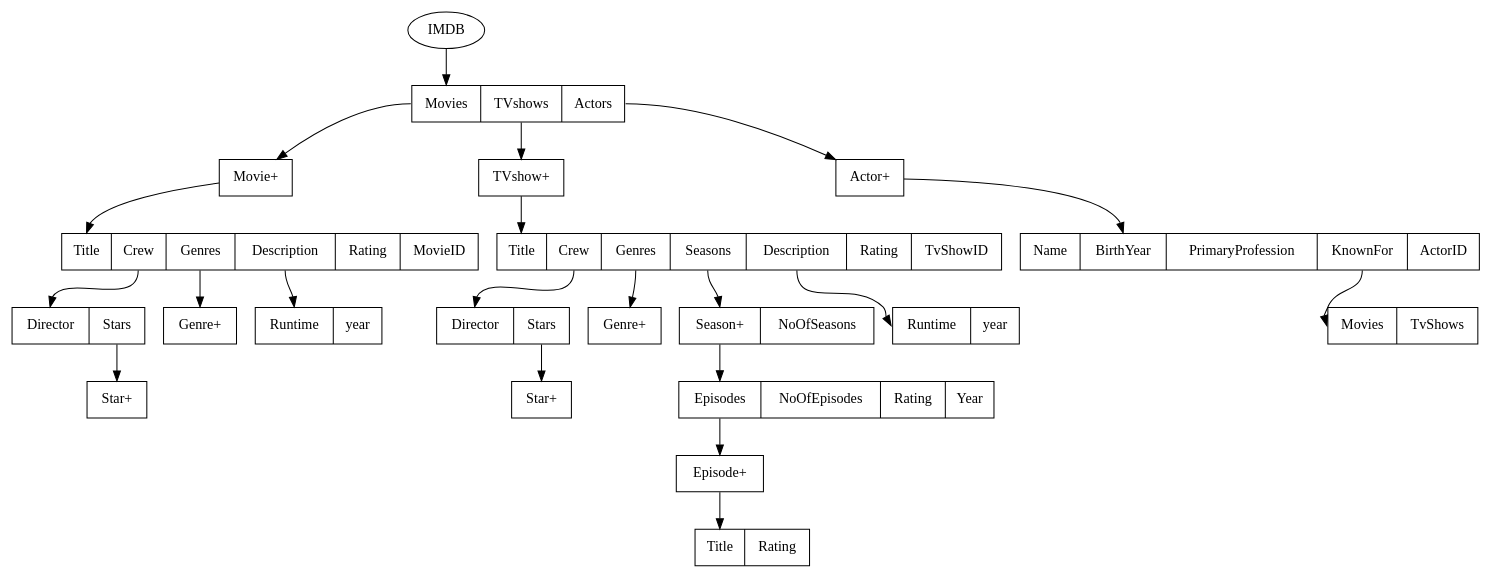
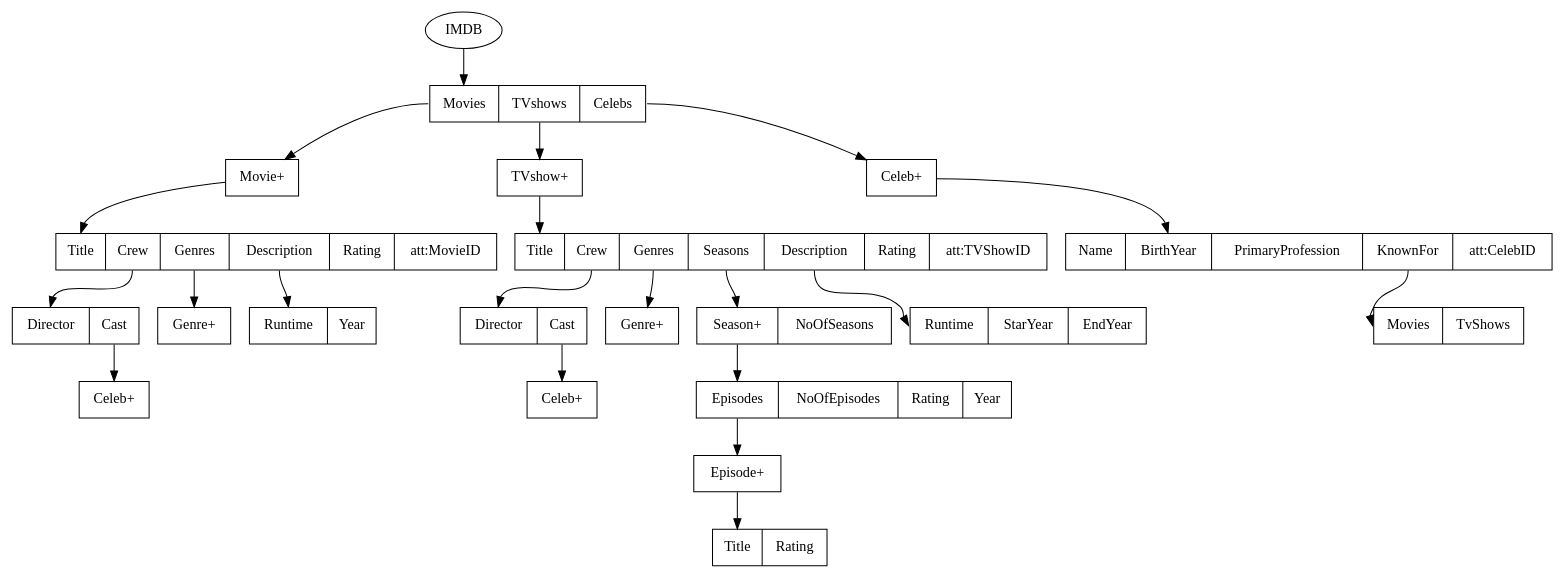
Before and after one commit to akhiln28/ontology_assignment1: the diagram in imdb.dot, drawn with Graphviz. The commit also changed 1 other file, not shown here.

Commit message:
changed dot and graph

```diff
--- a/imdb.dot
+++ b/imdb.dot
@@ -1,68 +1,68 @@
 digraph g{
     IMDB[label="IMDB"]
-    IMDB_table[label = "<f0>Movies|<f1>TVshows| <f2> Actors" shape = "record"]
+    IMDB_table[label = "<f0>Movies|<f1>TVshows| <f2> Celebs" shape = "record"]
     IMDB->IMDB_table:f0
 
     Movies_table[label = "Movie+" shape = "record"]
     IMDB_table:f0->Movies_table
 
-    Movie_table[label = "<f0> Title| <f1>Crew| <f2> Genres| <f3> Description| <f4> Rating| <f5> MovieID" shape = "record"]
+    Movie_table[label = "<f0> Title| <f1>Crew| <f2> Genres| <f3> Description| <f4> Rating| <f5> att:MovieID" shape = "record"]
     Movies_table->Movie_table:f0
 
-    Crew_table[label="<f0> Director| <f1> Stars" shape = "record"]
+    Crew_table[label="<f0> Director| <f1> Cast" shape = "record"]
     Movie_table:f1->Crew_table:f0
 
-    Stars_table[label="Star+" shape = "record"]
-    Crew_table:f1->Stars_table
+    Cast_table[label="Celeb+" shape = "record"]
+    Crew_table:f1->Cast_table
 
     Genres_table[label = "Genre+" shape = "record"]
     Movie_table:f2->Genres_table
 
-    Description_table[label = "<f0> Runtime| <f1> year" shape = "record"]
+    Description_table[label = "<f0> Runtime| <f1> Year" shape = "record"]
     Movie_table:f3->Description_table:f0
 
     // Sequels_table[label="Sequel+" shape = "record"]
     // Movie_table:f5->Sequels_table
 
     // Prequels_table[label = "Prequel+" shape = "record"]
     // Movie_table:f6->Prequels_table
 
     TVshows_table[label = "TVshow+" shape = "record"]
     IMDB_table:f1->TVshows_table
 
-    TVshow_table[label = "<f0> Title| <f1> Crew| <f2> Genres| <f3> Seasons| <f4> Description| <f5> Rating| <f6> TvShowID" shape = "record"]
+    TVshow_table[label = "<f0> Title| <f1> Crew| <f2> Genres| <f3> Seasons| <f4> Description| <f5> Rating| <f6> att:TVShowID" shape = "record"]
     TVshows_table->TVshow_table:f0
 
-    Crew_table2[label = "<f0> Director| <f1> Stars" shape = "record"]
+    Crew_table2[label = "<f0> Director| <f1> Cast" shape = "record"]
     TVshow_table:f1->Crew_table2:f0
 
-    Stars_table2[label="Star+" shape = "record"]
-    Crew_table2:f1->Stars_table2
+    Cast_table2[label="Celeb+" shape = "record"]
+    Crew_table2:f1->Cast_table2
 
     Genres_table2[label = "Genre+" shape = "record"]
     TVshow_table:f2->Genres_table2
 
     Seasons_table[label = "<f0> Season+| <f1> NoOfSeasons" shape = "record"]    
     TVshow_table:f3->Seasons_table:f0
 
     Season_table[label = "<f0> Episodes| <f1> NoOfEpisodes| <f2> Rating| <f3> Year" shape = "record"]
     Seasons_table:f0->Season_table:f0
 
     Episodes_table[label = "Episode+" shape = "record"]
     Season_table:f0->Episodes_table
     
     Episode_table[label = "<f0> Title| <f1> Rating" shape = "record"]
     Episodes_table->Episode_table:f0
 
-    Description_table2[label = "<f0> Runtime| <f1> year" shape = "record"]
+    Description_table2[label = "<f0> Runtime| <f1> StarYear| <f2> EndYear" shape = "record"]
     TVshow_table:f4->Description_table2:f0
 
-    Actors_table[label = "Actor+" shape = "record"]
+    Actors_table[label = "Celeb+" shape = "record"]
     IMDB_table:f2->Actors_table
 
-    Actor_table[label="<f0> Name| <f1> BirthYear| <f2> PrimaryProfession| <f3> KnownFor| ActorID" shape = "record"]
+    Actor_table[label="<f0> Name| <f1> BirthYear| <f2> PrimaryProfession| <f3> KnownFor| att:CelebID" shape = "record"]
     Actors_table->Actor_table:f1
 
     KnownFor_table[label = "<f0> Movies| <f1> TvShows" shape = "record"]
     Actor_table:f3->KnownFor_table:f0
 }
```
